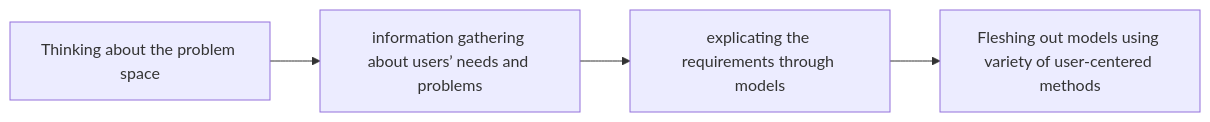
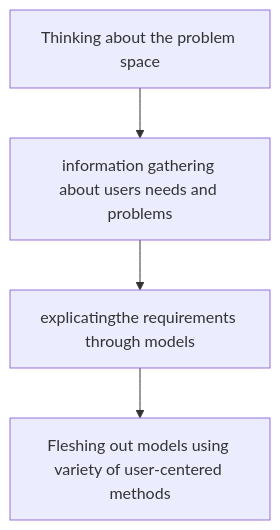
One commit to masterkram/bytehub changed the diagram in docs/Study-Notes/Module-6/HCI/Readings/Preece.md. Above: the diagram before and after it, drawn with Mermaid.

Commit message:
fix flowchart.

````diff
--- a/docs/Study-Notes/Module-6/HCI/Readings/Preece.md
+++ b/docs/Study-Notes/Module-6/HCI/Readings/Preece.md
@@ -55,8 +55,4 @@
 ```mermaid
-graph LR;
-A[Thinking about the problem space];
-B[information gathering about users’ needs and problems];
-C[explicating the requirements through models];
-D[Fleshing out models using variety of user-centered methods]
-A --> B --> C --> D;
+graph TD;
+A[Thinking about the problem space] --> B[information gathering about users needs and problems] --> C[explicatingthe requirements through models] --> D[Fleshing out models using variety of user-centered methods];
 ```
````
